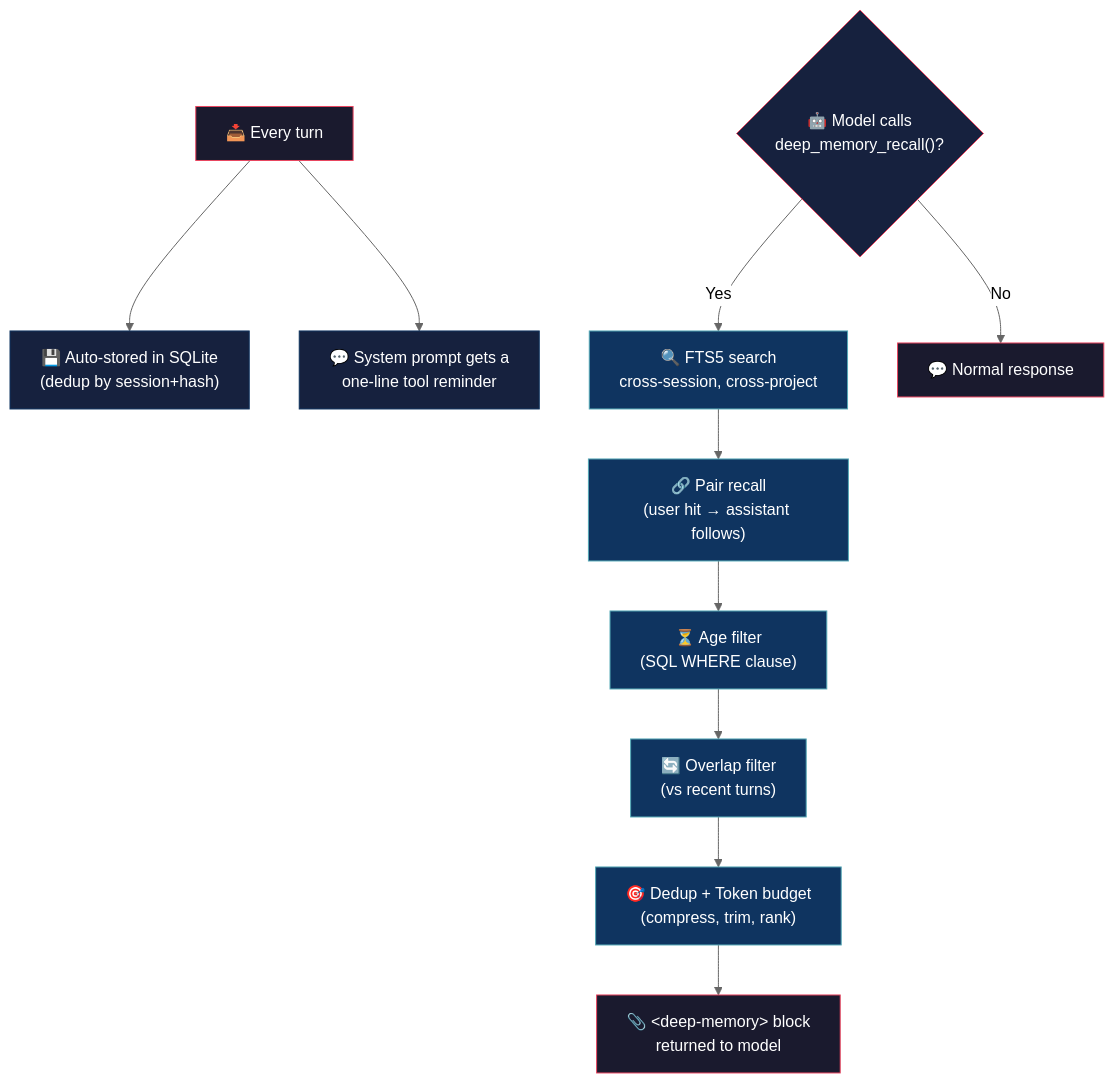
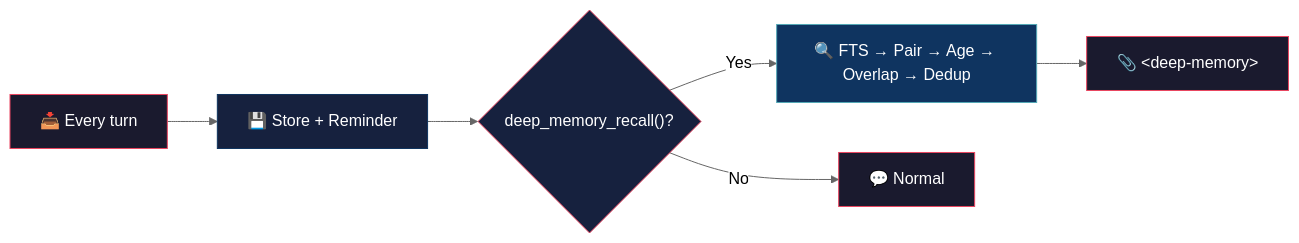
One commit to alejo54dev/opencode-deep-memory changed the diagram in README.md. Above: the diagram before and after it, drawn with Mermaid (neutral theme).

Commit message:
README: compact LR flowchart (6 nodes)

````diff
--- a/README.md
+++ b/README.md
@@ -21,26 +21,15 @@
 ```mermaid
-flowchart TD
-    A["📥 Every turn"] --> B["💾 Auto-stored in SQLite<br/>(dedup by session+hash)"]
-    A --> C["💬 System prompt gets a<br/>one-line tool reminder"]
-
-    D{"🤖 Model calls<br/>deep_memory_recall()?"}
-    D -->|"Yes"| E["🔍 FTS5 search<br/>cross-session, cross-project"]
-    E --> F["🔗 Pair recall<br/>(user hit → assistant follows)"]
-    F --> G["⏳ Age filter<br/>(SQL WHERE clause)"]
-    G --> H["🔄 Overlap filter<br/>(vs recent turns)"]
-    H --> I["🎯 Dedup + Token budget<br/>(compress, trim, rank)"]
-    I --> J["📎 &lt;deep-memory&gt; block<br/>returned to model"]
-    D -->|"No"| K["💬 Normal response"]
+flowchart LR
+    A["📥 Every turn"] --> B["💾 Store + Reminder"]
+    B --> C{"deep_memory_recall()?"}
+    C -->|Yes| D["🔍 FTS → Pair → Age → Overlap → Dedup"]
+    D --> E["📎 &lt;deep-memory&gt;"]
+    C -->|No| F["💬 Normal"]
 
     style A fill:#1a1a2e,stroke:#e94560,color:#fff
     style B fill:#16213e,stroke:#0f3460,color:#fff
-    style C fill:#16213e,stroke:#0f3460,color:#fff
-    style D fill:#16213e,stroke:#e94560,color:#fff
-    style E fill:#0f3460,stroke:#53a8b6,color:#fff
-    style F fill:#0f3460,stroke:#53a8b6,color:#fff
-    style G fill:#0f3460,stroke:#53a8b6,color:#fff
-    style H fill:#0f3460,stroke:#53a8b6,color:#fff
-    style I fill:#0f3460,stroke:#53a8b6,color:#fff
-    style J fill:#1a1a2e,stroke:#e94560,color:#fff
-    style K fill:#1a1a2e,stroke:#e94560,color:#fff
+    style C fill:#16213e,stroke:#e94560,color:#fff
+    style D fill:#0f3460,stroke:#53a8b6,color:#fff
+    style E fill:#1a1a2e,stroke:#e94560,color:#fff
+    style F fill:#1a1a2e,stroke:#e94560,color:#fff
 ```
````
